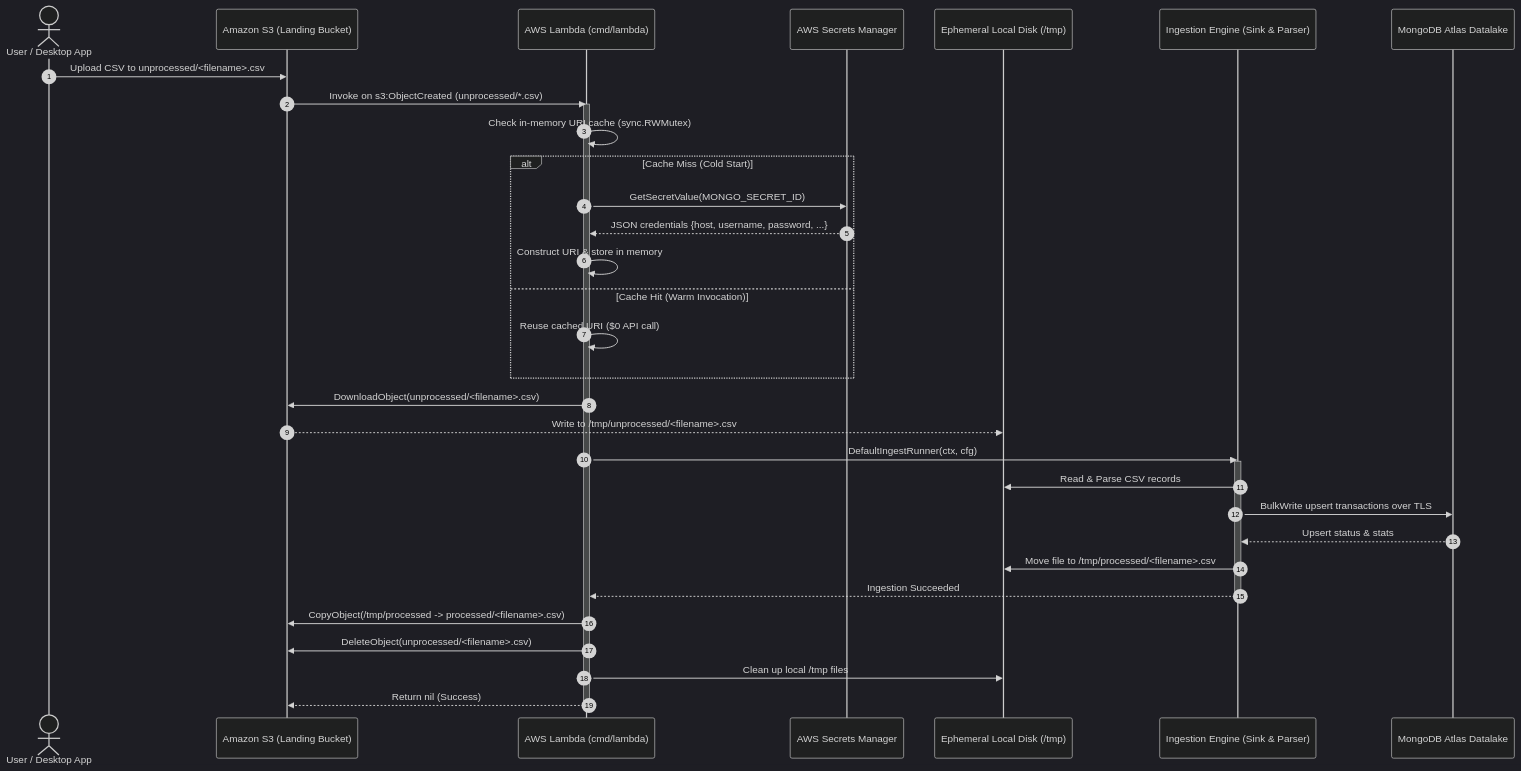
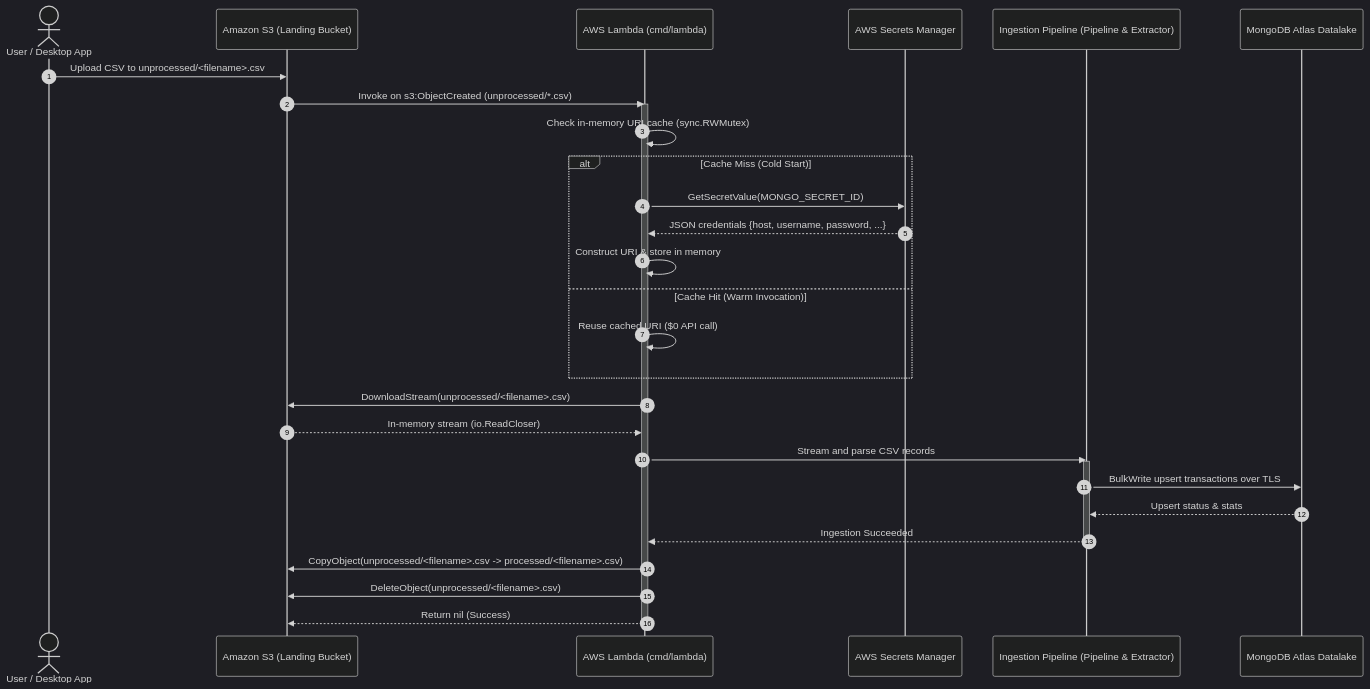
The second of 3 diagrams in docs/specs/data-loader-serverless-pipeline.md (ajponte/babylon_deploy), drawn with Mermaid (dark theme) before and after one commit. The commit also changed other lines of this file and 2 other files, not shown here.

First line of the commit message:
feat(data-loader): drop obsolete LAMBDA_TMP_DIR and sync serverless specs to in-memory streaming (#8)

````diff
--- a/docs/specs/data-loader-serverless-pipeline.md
+++ b/docs/specs/data-loader-serverless-pipeline.md
@@ -134,42 +134,38 @@
 ```mermaid
 sequenceDiagram
     autonumber
     actor Client as User / Desktop App
     participant S3 as Amazon S3 (Landing Bucket)
     participant L as AWS Lambda (cmd/lambda)
     participant SM as AWS Secrets Manager
-    participant FS as Ephemeral Local Disk (/tmp)
-    participant Core as Ingestion Engine (Sink & Parser)
+    participant Core as Ingestion Pipeline (Pipeline & Extractor)
     participant Atlas as MongoDB Atlas Datalake
 
     Client->>S3: Upload CSV to unprocessed/<filename>.csv
     S3->>L: Invoke on s3:ObjectCreated (unprocessed/*.csv)
     activate L
 
     L->>L: Check in-memory URI cache (sync.RWMutex)
     alt Cache Miss (Cold Start)
         L->>SM: GetSecretValue(MONGO_SECRET_ID)
         SM-->>L: JSON credentials {host, username, password, ...}
         L->>L: Construct URI & store in memory
     else Cache Hit (Warm Invocation)
         L->>L: Reuse cached URI ($0 API call)
     end
 
-    L->>S3: DownloadObject(unprocessed/<filename>.csv)
-    S3-->>FS: Write to /tmp/unprocessed/<filename>.csv
+    L->>S3: DownloadStream(unprocessed/<filename>.csv)
+    S3-->>L: In-memory stream (io.ReadCloser)
 
-    L->>Core: DefaultIngestRunner(ctx, cfg)
+    L->>Core: Stream and parse CSV records
     activate Core
-    Core->>FS: Read & Parse CSV records
     Core->>Atlas: BulkWrite upsert transactions over TLS
     Atlas-->>Core: Upsert status & stats
-    Core->>FS: Move file to /tmp/processed/<filename>.csv
     Core-->>L: Ingestion Succeeded
     deactivate Core
 
-    L->>S3: CopyObject(/tmp/processed -> processed/<filename>.csv)
+    L->>S3: CopyObject(unprocessed/<filename>.csv -> processed/<filename>.csv)
     L->>S3: DeleteObject(unprocessed/<filename>.csv)
-    L->>FS: Clean up local /tmp files
     L-->>S3: Return nil (Success)
     deactivate L
 ```
````
